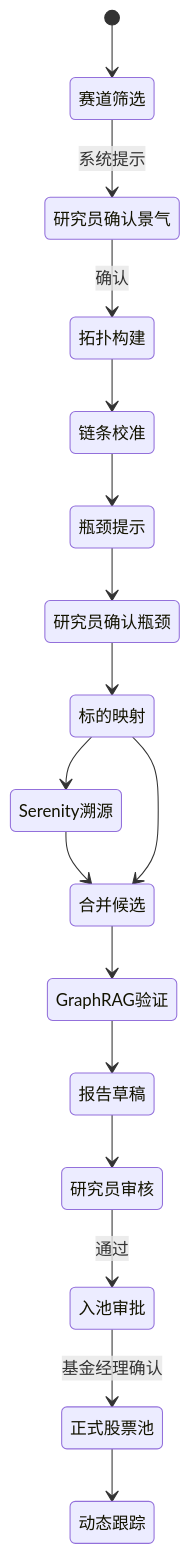
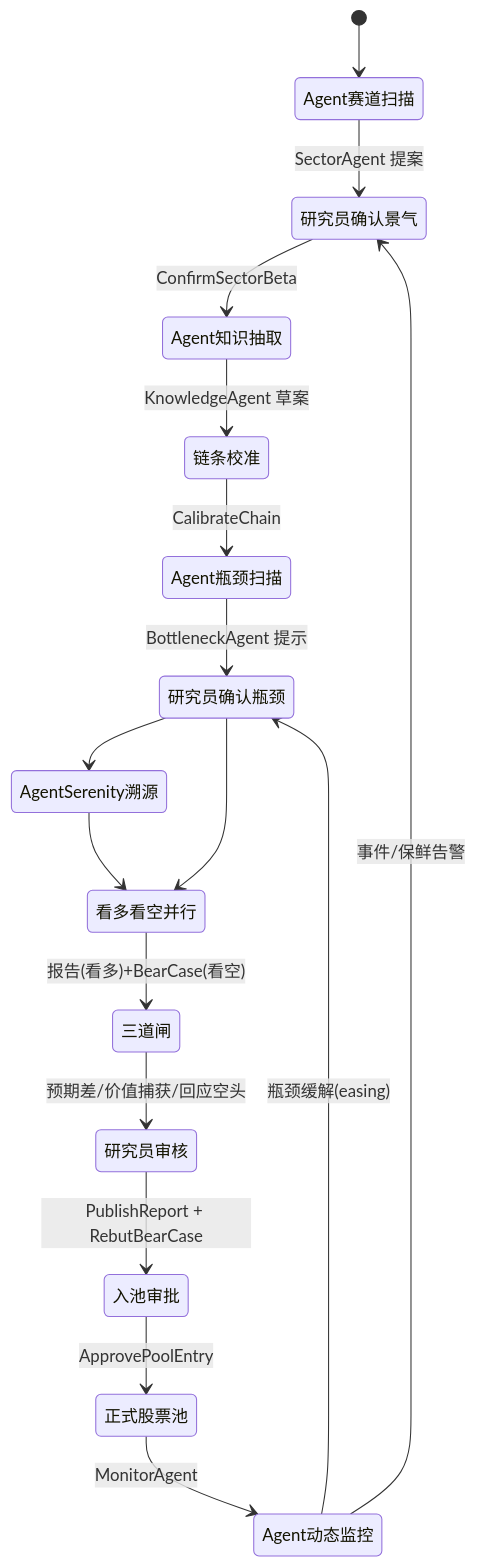
The fifth of 5 diagrams in docs/DESIGN.md (aliushen3/aistock), drawn with Mermaid before and after one commit. The commit also changed other lines of this file and 128 other files, not shown here.

````diff
--- a/docs/DESIGN.md
+++ b/docs/DESIGN.md
@@ -754,19 +1080,19 @@
 ```mermaid
 stateDiagram-v2
-    [*] --> 赛道筛选
-    赛道筛选 --> 研究员确认景气: 系统提示
-    研究员确认景气 --> 拓扑构建: 确认
-    拓扑构建 --> 链条校准
-    链条校准 --> 瓶颈提示
-    瓶颈提示 --> 研究员确认瓶颈
-    研究员确认瓶颈 --> 标的映射
-    标的映射 --> Serenity溯源
-    Serenity溯源 --> 合并候选
-    标的映射 --> 合并候选
-    合并候选 --> GraphRAG验证
-    GraphRAG验证 --> 报告草稿
-    报告草稿 --> 研究员审核
-    研究员审核 --> 入池审批: 通过
-    入池审批 --> 正式股票池: 基金经理确认
-    正式股票池 --> 动态跟踪
+    [*] --> Agent赛道扫描
+    Agent赛道扫描 --> 研究员确认景气: SectorAgent 提案
+    研究员确认景气 --> Agent知识抽取: ConfirmSectorBeta
+    Agent知识抽取 --> 链条校准: KnowledgeAgent 草案
+    链条校准 --> Agent瓶颈扫描: CalibrateChain
+    Agent瓶颈扫描 --> 研究员确认瓶颈: BottleneckAgent 提示
+    研究员确认瓶颈 --> AgentSerenity溯源
+    研究员确认瓶颈 --> 看多看空并行
+    AgentSerenity溯源 --> 看多看空并行
+    看多看空并行 --> 三道闸: 报告(看多)+BearCase(看空)
+    三道闸 --> 研究员审核: 预期差/价值捕获/回应空头
+    研究员审核 --> 入池审批: PublishReport + RebutBearCase
+    入池审批 --> 正式股票池: ApprovePoolEntry
+    正式股票池 --> Agent动态监控: MonitorAgent
+    Agent动态监控 --> 研究员确认景气: 事件/保鲜告警
+    Agent动态监控 --> 研究员确认瓶颈: 瓶颈缓解(easing)
 ```
````
